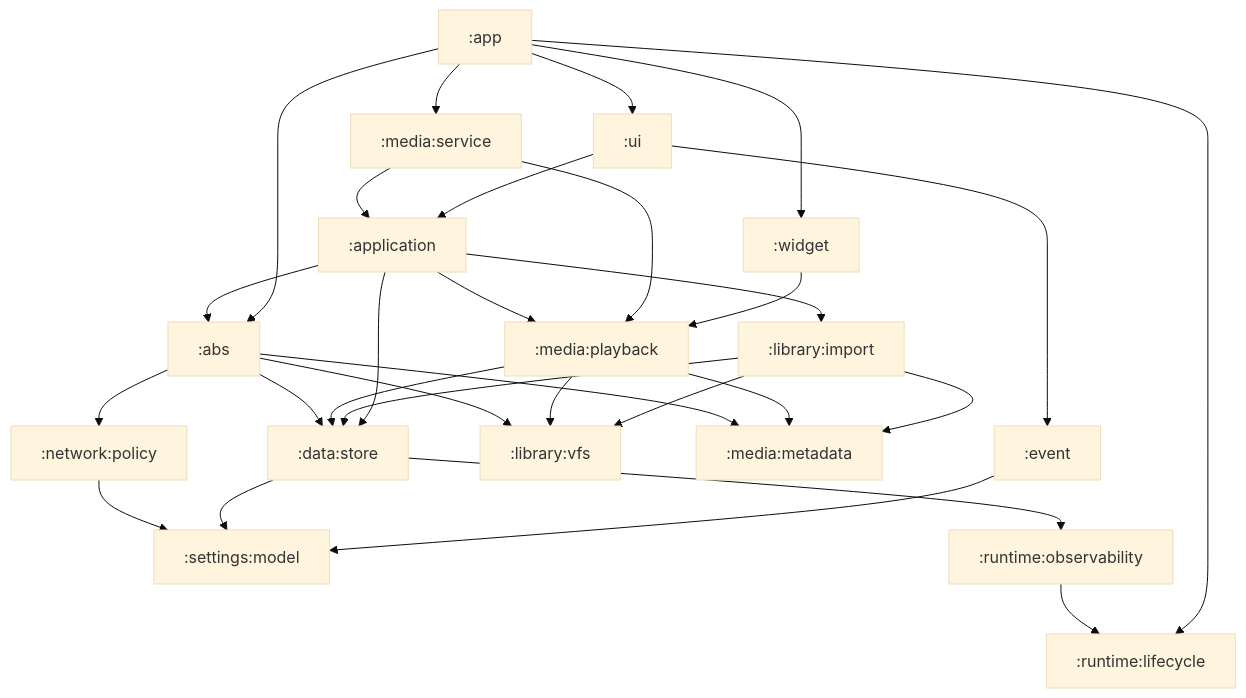
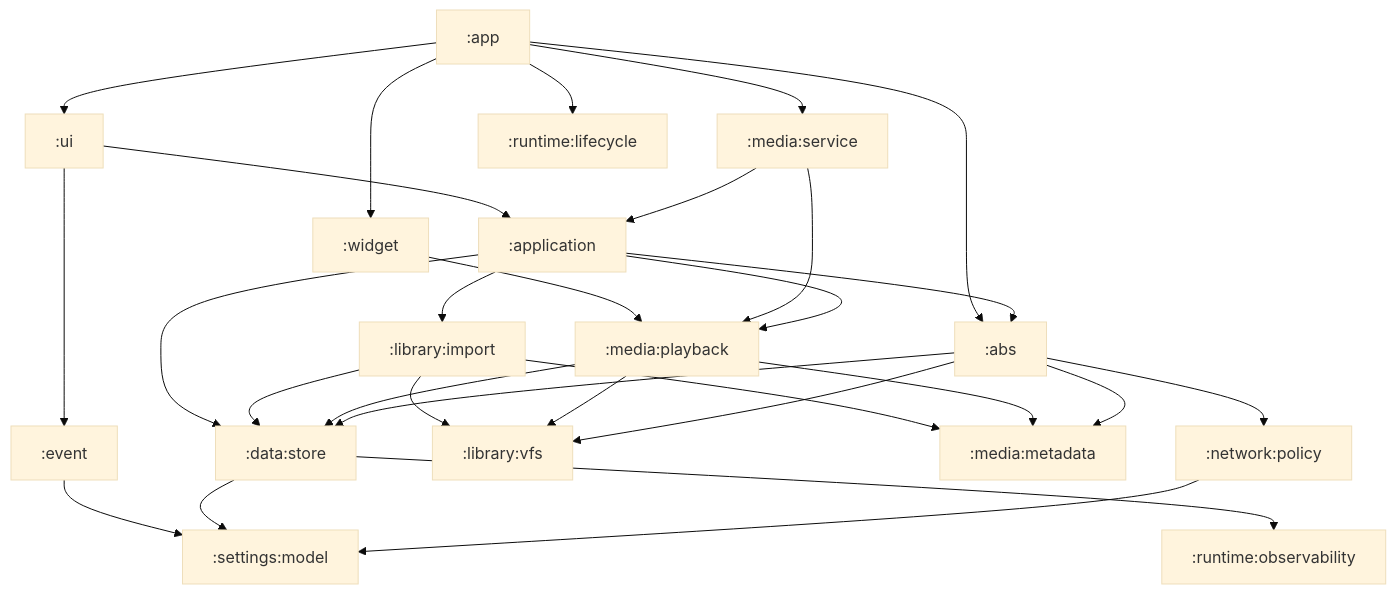
Before and after one commit to Viel0320/Oto: the diagram in docs/multi-module-domain-migration-plan.md, drawn with Mermaid (base theme). The commit also changed other lines of this file and 27 other files, not shown here.

````diff
--- a/docs/multi-module-domain-migration-plan.md
+++ b/docs/multi-module-domain-migration-plan.md
@@ -20,49 +22,48 @@
 ```mermaid
 flowchart TD
     app[":app"]
     ui[":ui"]
     widget[":widget"]
     event[":event"]
     application[":application"]
     data[":data:store"]
     libraryVfs[":library:vfs"]
     libraryImport[":library:import"]
     mediaMetadata[":media:metadata"]
     mediaPlayback[":media:playback"]
     mediaService[":media:service"]
     abs[":abs"]
     settings[":settings:model"]
     network[":network:policy"]
     lifecycle[":runtime:lifecycle"]
     observability[":runtime:observability"]
 
     app --> ui
     app --> widget
     app --> mediaService
     app --> abs
     app --> lifecycle
     ui --> application
     ui --> event
     widget --> mediaPlayback
     mediaService --> mediaPlayback
     mediaService --> application
     application --> data
     application --> libraryImport
     application --> mediaPlayback
     application --> abs
     event --> settings
     data --> settings
     data --> observability
     libraryImport --> libraryVfs
     libraryImport --> mediaMetadata
     libraryImport --> data
     mediaPlayback --> mediaMetadata
     mediaPlayback --> libraryVfs
     mediaPlayback --> data
     abs --> data
     abs --> libraryVfs
     abs --> mediaMetadata
     abs --> network
     network --> settings
-    observability --> lifecycle
 ```
````
